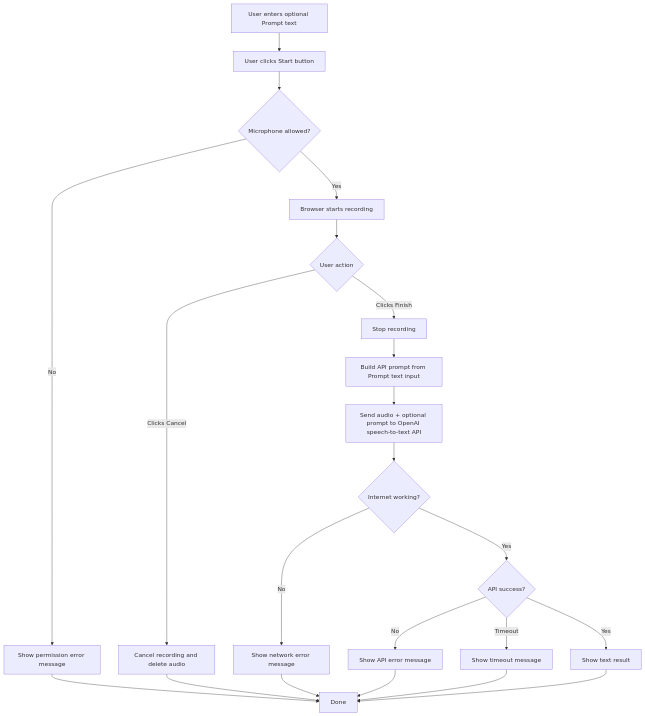
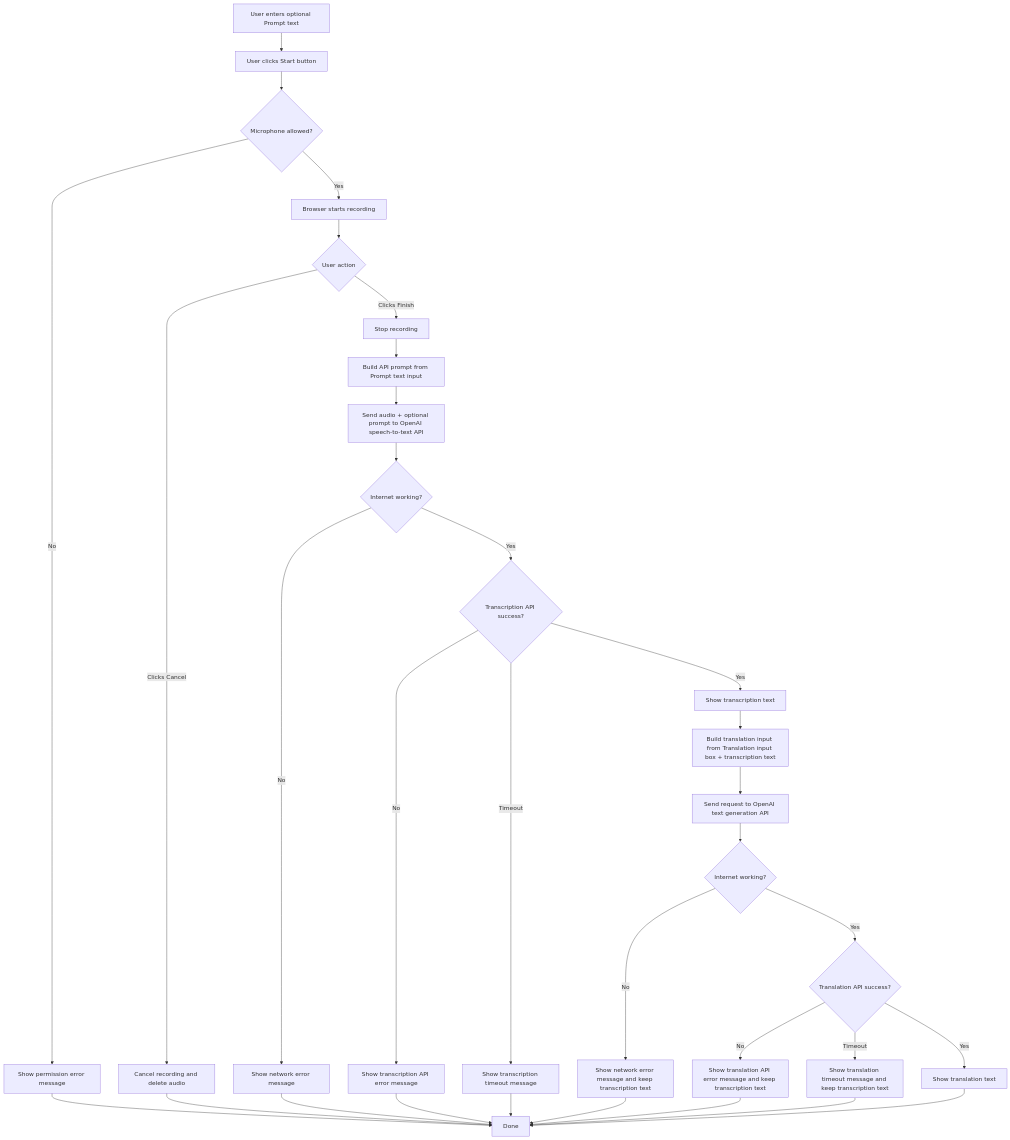
One commit to freshOffTheBot/based-translator changed the diagram in AGENTS.md. Above: the diagram before and after it, drawn with Mermaid. The commit also changed other lines of this file, not shown here.

Commit message:
update `AGENTS.md` for the translation logic

````diff
--- a/AGENTS.md
+++ b/AGENTS.md
@@ -34,27 +37,37 @@
 ```mermaid
 flowchart TD
 	A[User enters optional Prompt text] --> B[User clicks Start button]
 	B --> C{Microphone allowed?}
 
 	C -- No --> C1[Show permission error message] --> Z[End]
 	C -- Yes --> D[Browser starts recording]
 
 	D --> E{User action}
 
 	E -- Clicks Finish --> F[Stop recording]
 	E -- Clicks Cancel --> D1[Cancel recording and delete audio] --> Z
 
 	F --> F1[Build API prompt from Prompt text input]
 	F1 --> G[Send audio + optional prompt to OpenAI speech-to-text API]
 
 	G --> H{Internet working?}
 
 	H -- No --> H1[Show network error message] --> Z
-	H -- Yes --> I{API success?}
+	H -- Yes --> I{Transcription API success?}
 
-	I -- No --> I1[Show API error message] --> Z
-	I -- Timeout --> I2[Show timeout message] --> Z
-	I -- Yes --> J[Show text result]
+	I -- No --> I1[Show transcription API error message] --> Z
+	I -- Timeout --> I2[Show transcription timeout message] --> Z
+	I -- Yes --> J[Show transcription text]
 
-	J --> Z[Done]
+	J --> K[Build translation input from Translation input box + transcription text]
+	K --> L[Send request to OpenAI text generation API]
+
+	L --> M{Internet working?}
+	M -- No --> M1[Show network error message and keep transcription text] --> Z
+	M -- Yes --> N{Translation API success?}
+	N -- No --> N1[Show translation API error message and keep transcription text] --> Z
+	N -- Timeout --> N2[Show translation timeout message and keep transcription text] --> Z
+	N -- Yes --> O[Show translation text]
+
+	O --> Z[Done]
 ```
````
